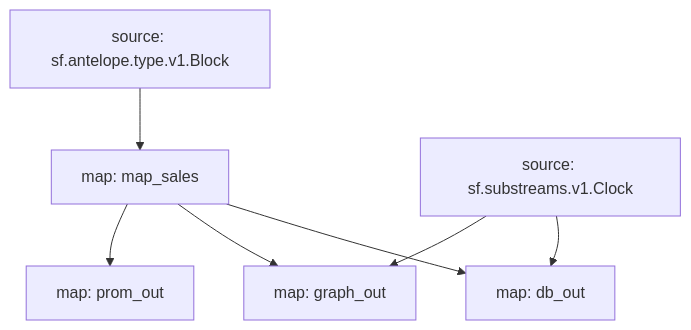
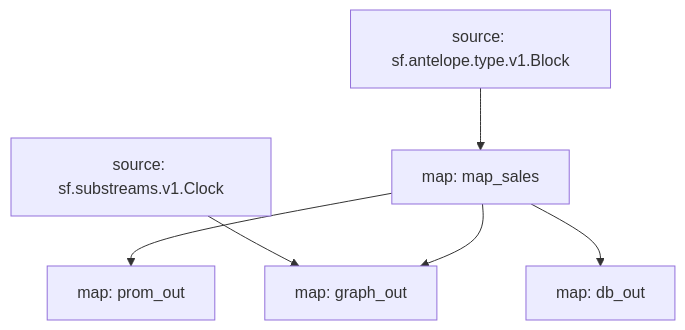
Before and after one commit to pinax-network/substreams-atomicmarket: the diagram in README.md, drawn with Mermaid. The commit also changed other lines of this file and 6 other files, not shown here.

````diff
--- a/README.md
+++ b/README.md
@@ -17,14 +20,13 @@
 ```mermaid
 graph TD;
   map_sales[map: map_sales];
   sf.antelope.type.v1.Block[source: sf.antelope.type.v1.Block] --> map_sales;
   prom_out[map: prom_out];
   map_sales --> prom_out;
   graph_out[map: graph_out];
   sf.substreams.v1.Clock[source: sf.substreams.v1.Clock] --> graph_out;
   map_sales --> graph_out;
   db_out[map: db_out];
-  sf.substreams.v1.Clock[source: sf.substreams.v1.Clock] --> db_out;
   map_sales --> db_out;
 
 ```
````
